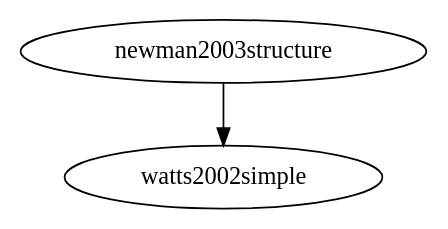
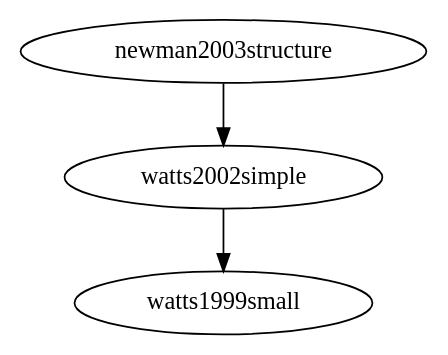
The diagram in bibliography/bibliography.dot (turbopope/nss), drawn with Graphviz before and after one commit. The commit also changed 2 other files, not shown here.

Commit message:
Add watts1999small

```diff
--- a/bibliography/bibliography.dot
+++ b/bibliography/bibliography.dot
@@ -1,3 +1,4 @@
 digraph citations {
   newman2003structure -> watts2002simple
+  watts2002simple -> watts1999small
 }
```
